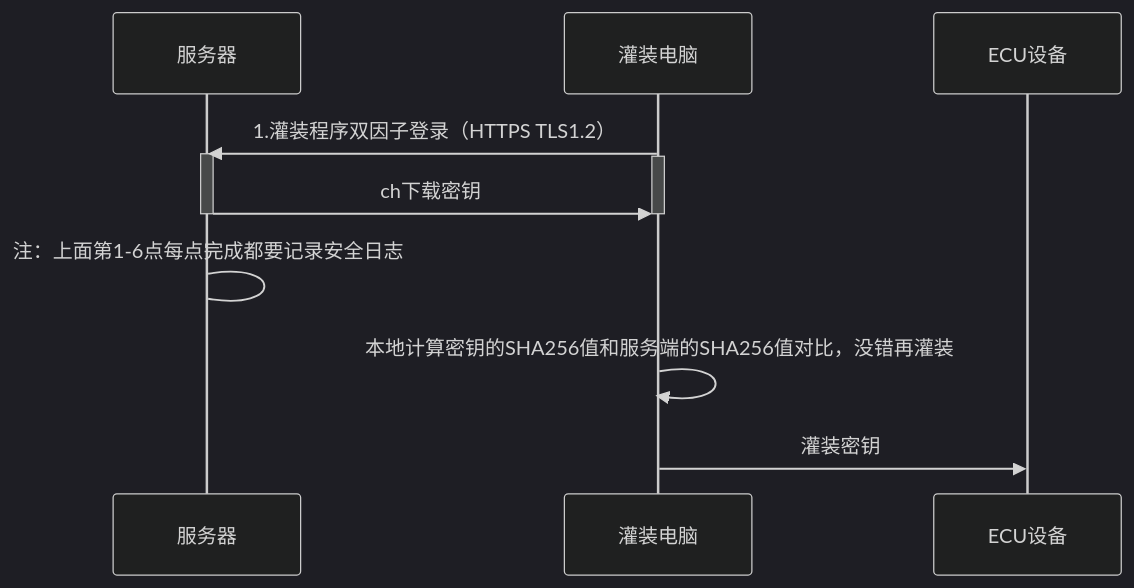
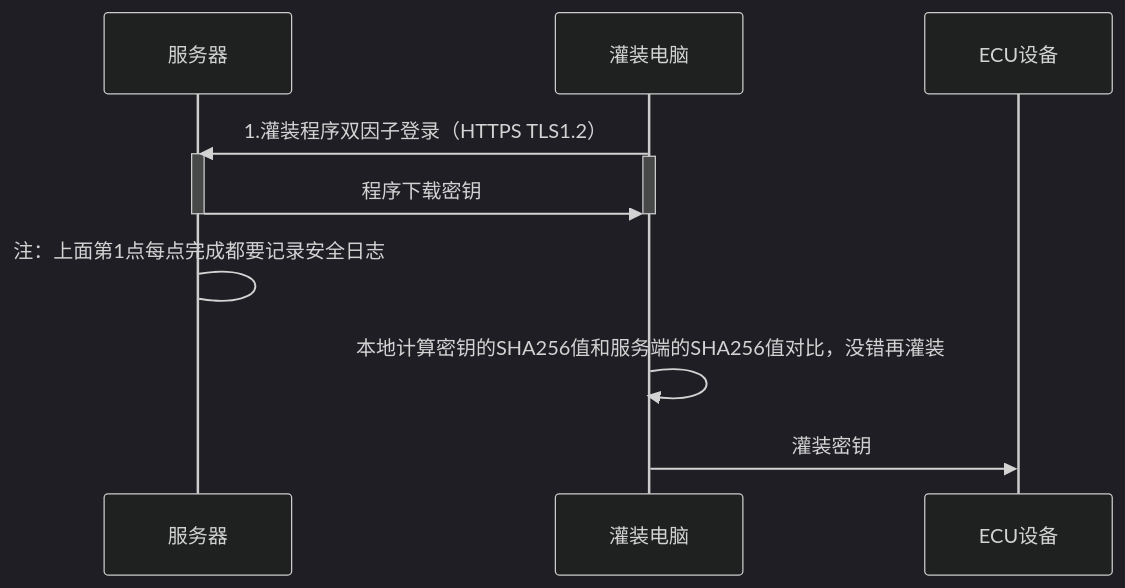
The diagram in all/未命名-23.md (facebook-cloud/iodraw-files), drawn with Mermaid (dark theme) before and after one commit.

Commit message:
2026-04-15 17:08:07 update

````diff
--- a/all/未命名-23.md
+++ b/all/未命名-23.md
@@ -1,19 +1,19 @@
 ```mermaid
 sequenceDiagram
   
     participant B as 服务器
     participant D as 灌装电脑
     participant E as ECU设备
 
     D->>B: 1.灌装程序双因子登录（HTTPS TLS1.2）
     activate B
     activate D
-    B->>D: ch下载密钥
+    B->>D: 程序下载密钥
     deactivate B
     deactivate D
-    B->B: 注：上面第1-6点每点完成都要记录安全日志
+    B->B: 注：上面第1点每点完成都要记录安全日志
 
     D->>D:本地计算密钥的SHA256值和服务端的SHA256值对比，没错再灌装
     
     D->>E: 灌装密钥
 ```
````
